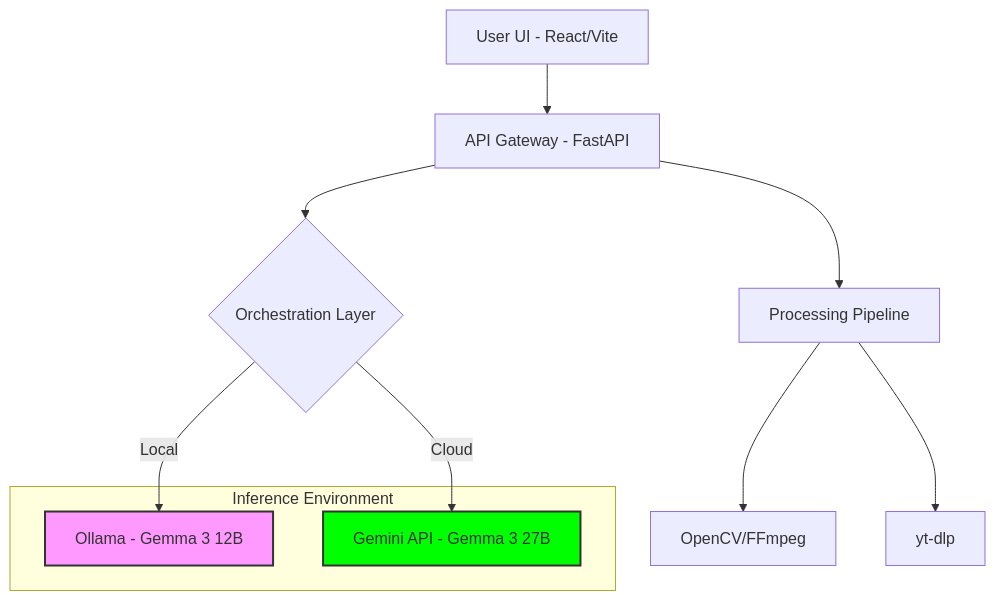
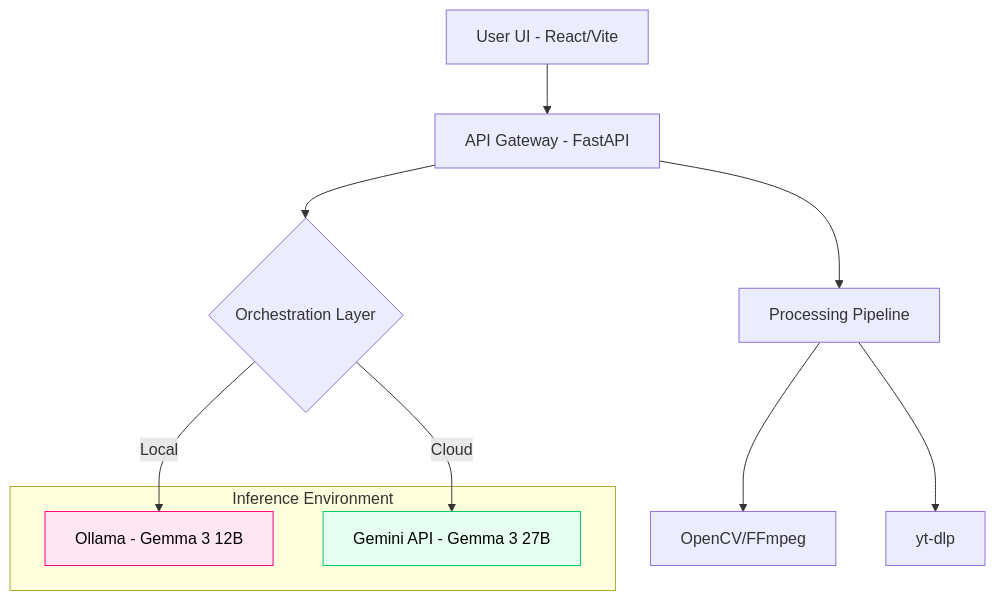
The diagram in README.md (Charith2512/smart-ai-video-summarizer), drawn with Mermaid before and after one commit.

Commit message:
docs: improve Mermaid diagram readability with better contrast colors

````diff
--- a/README.md
+++ b/README.md
@@ -38,18 +38,18 @@
 ```mermaid
 graph TD
     A[User UI - React/Vite] --> B[API Gateway - FastAPI]
     B --> C{Orchestration Layer}
     C -->|Local| D[Ollama - Gemma 3 12B]
     C -->|Cloud| E[Gemini API - Gemma 3 27B]
     B --> F[Processing Pipeline]
     F --> G[OpenCV/FFmpeg]
     F --> H[yt-dlp]
     
     subgraph "Inference Environment"
     D
     E
     end
     
-    style D fill:#f9f,stroke:#333,stroke-width:2px
-    style E fill:#00ff00,stroke:#333,stroke-width:2px
+    style D fill:#ffe6f2,stroke:#ff0080,stroke-width:1px,color:#000
+    style E fill:#e6fff2,stroke:#00cc66,stroke-width:1px,color:#000
 ```
````
